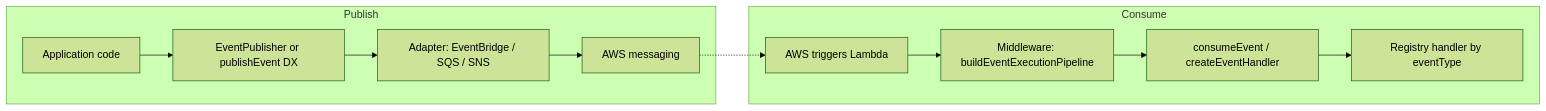
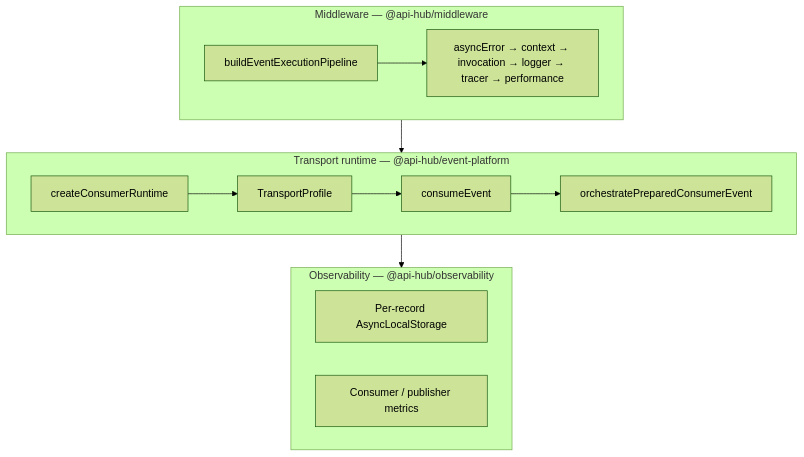
Before and after one commit to geekytechwhiz/beauty-on-wheels-apis: the first of 3 diagrams in docs/engineering/EVENT_PLATFORM_TRANSPORTS_GUIDE.md, drawn with Mermaid (forest theme). The commit also changed other lines of this file and 8 other files, not shown here.

Commit message:
Event sqs added

````diff
--- a/docs/engineering/EVENT_PLATFORM_TRANSPORTS_GUIDE.md
+++ b/docs/engineering/EVENT_PLATFORM_TRANSPORTS_GUIDE.md
@@ -32,20 +22,20 @@
 ```mermaid
-flowchart LR
-  subgraph publish [Publish]
-    P[Application code]
-    EP[EventPublisher or publishEvent DX]
-    ADP[Adapter: EventBridge / SQS / SNS]
-    AWS[AWS messaging]
-    P --> EP --> ADP --> AWS
+flowchart TB
+  subgraph mw [Middleware — @api-hub/middleware]
+    P[buildEventExecutionPipeline]
+    P --> E[asyncError → context → invocation → logger → tracer → performance]
   end
-
-  subgraph consume [Consume]
-    AWS2[AWS triggers Lambda]
-    MW[Middleware: buildEventExecutionPipeline]
-    CE[consumeEvent / createEventHandler]
-    H[Registry handler by eventType]
-    AWS2 --> MW --> CE --> H
+  subgraph rt [Transport runtime — @api-hub/event-platform]
+    CR[createConsumerRuntime]
+    TP[TransportProfile]
+    CE[consumeEvent]
+    ORCH[orchestratePreparedConsumerEvent]
+    CR --> TP --> CE --> ORCH
   end
-
-  AWS -.-> AWS2
+  subgraph obs [Observability — @api-hub/observability]
+    ALS[Per-record AsyncLocalStorage]
+    MET[Consumer / publisher metrics]
+  end
+  mw --> rt
+  rt --> obs
 ```
````
